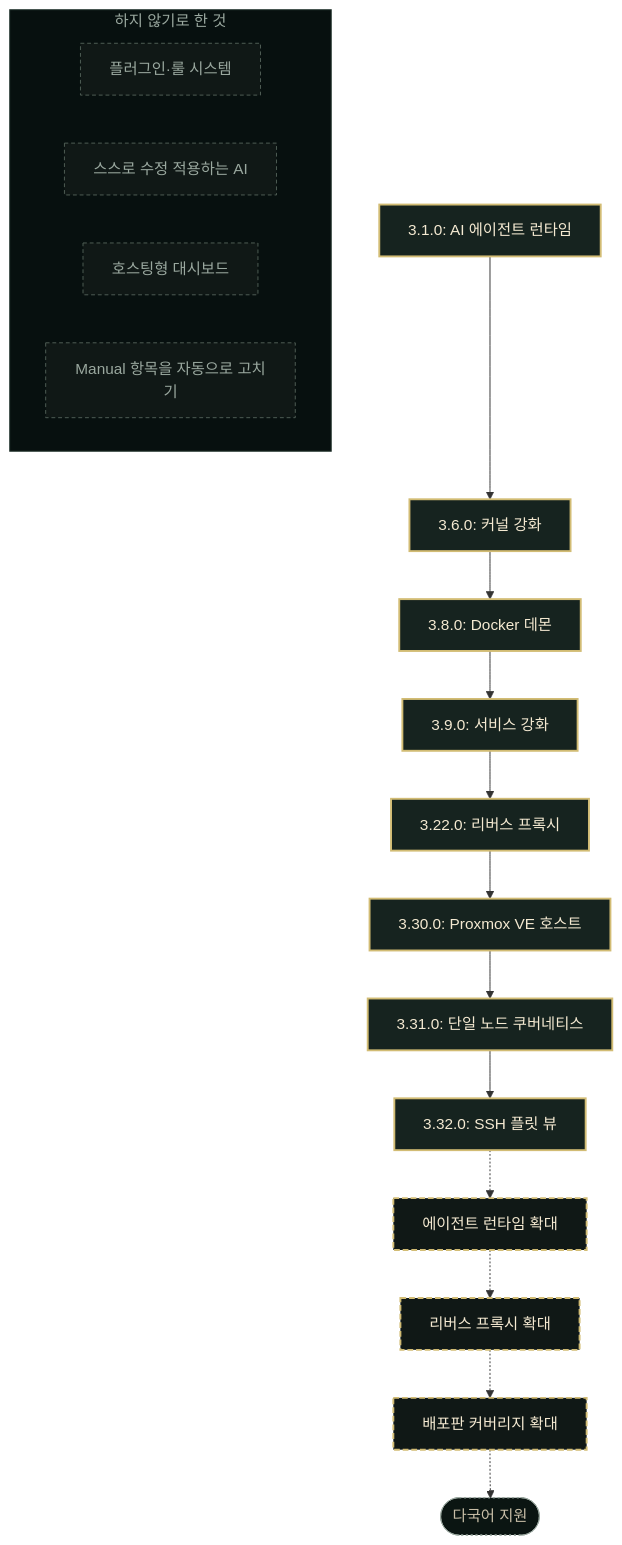
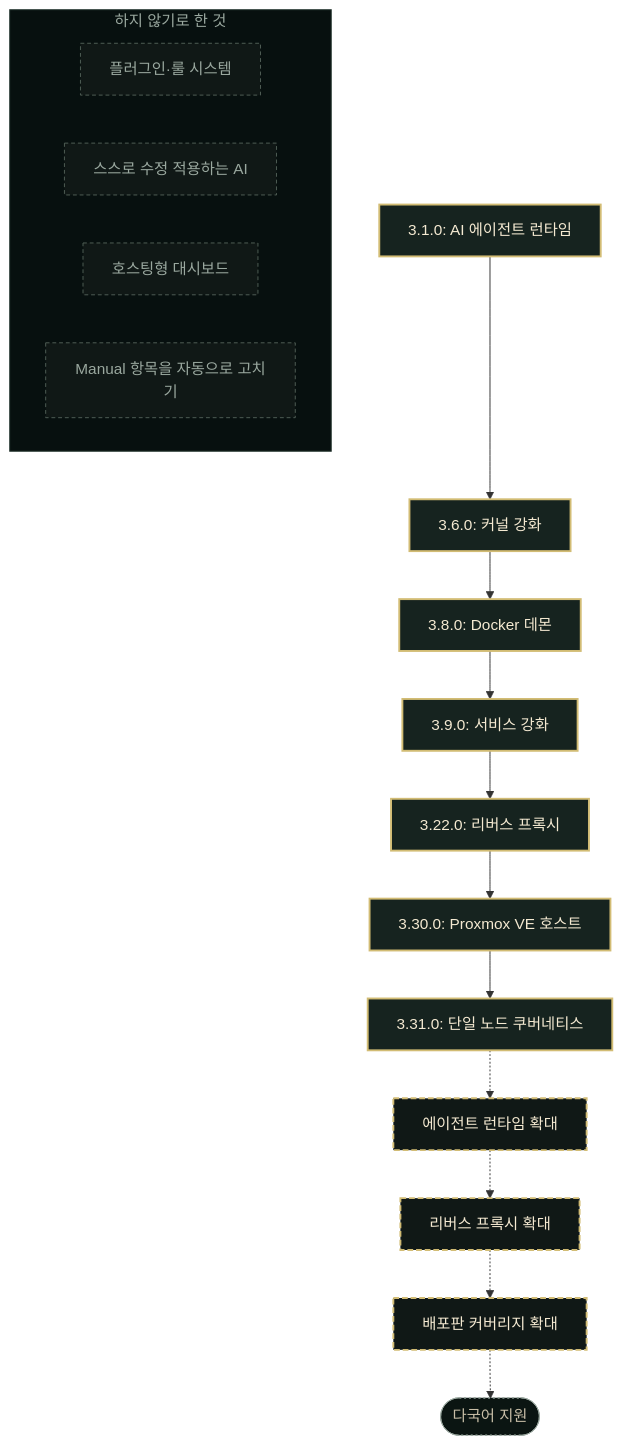
The diagram in README.ko.md (seolcu/hostveil), drawn with Mermaid before and after one commit. The commit also changed other lines of this file and 21 other files, not shown here.

````diff
--- a/README.ko.md
+++ b/README.ko.md
@@ -380,33 +379,32 @@
 ```mermaid
 graph TD
     v1["3.1.0: AI 에이전트 런타임"] --> v2["3.6.0: 커널 강화"]
     v2 --> v3["3.8.0: Docker 데몬"]
     v3 --> v4["3.9.0: 서비스 강화"]
     v4 --> v5["3.22.0: 리버스 프록시"]
     v5 --> v6["3.30.0: Proxmox VE 호스트"]
     v6 --> v7["3.31.0: 단일 노드 쿠버네티스"]
-    v7 --> v8["3.32.0: SSH 플릿 뷰"]
-    v8 -.-> n1["에이전트 런타임 확대"]
+    v7 -.-> n1["에이전트 런타임 확대"]
     n1 -.-> n2["리버스 프록시 확대"]
     n2 -.-> n3["배포판 커버리지 확대"]
     n3 -.-> e4(["다국어 지원"])
 
     subgraph np["하지 않기로 한 것"]
         x1["플러그인·룰 시스템"]
         x2["스스로 수정 적용하는 AI"]
         x3["호스팅형 대시보드"]
         x4["Manual 항목을 자동으로 고치기"]
     end
 
     classDef shipped fill:#16231f,stroke:#d2bc74,stroke-width:2px,color:#f5ead2
     classDef next fill:#101816,stroke:#d2bc74,stroke-width:2px,stroke-dasharray:6 3,color:#f5ead2
     classDef exploring fill:#0b1512,stroke:#9aa89f,stroke-width:1px,stroke-dasharray:2 3,color:#c8bea7
     classDef notplanned fill:#101816,stroke:#516057,stroke-width:1px,stroke-dasharray:4 3,color:#9aa89f
     classDef npTitle fill:#07100f,stroke:#31413b,color:#9aa89f
 
-    class v1,v2,v3,v4,v5,v6,v7,v8 shipped
+    class v1,v2,v3,v4,v5,v6,v7 shipped
     class n1,n2,n3 next
     class e4 exploring
     class x1,x2,x3,x4 notplanned
     class np npTitle
 ```
````
